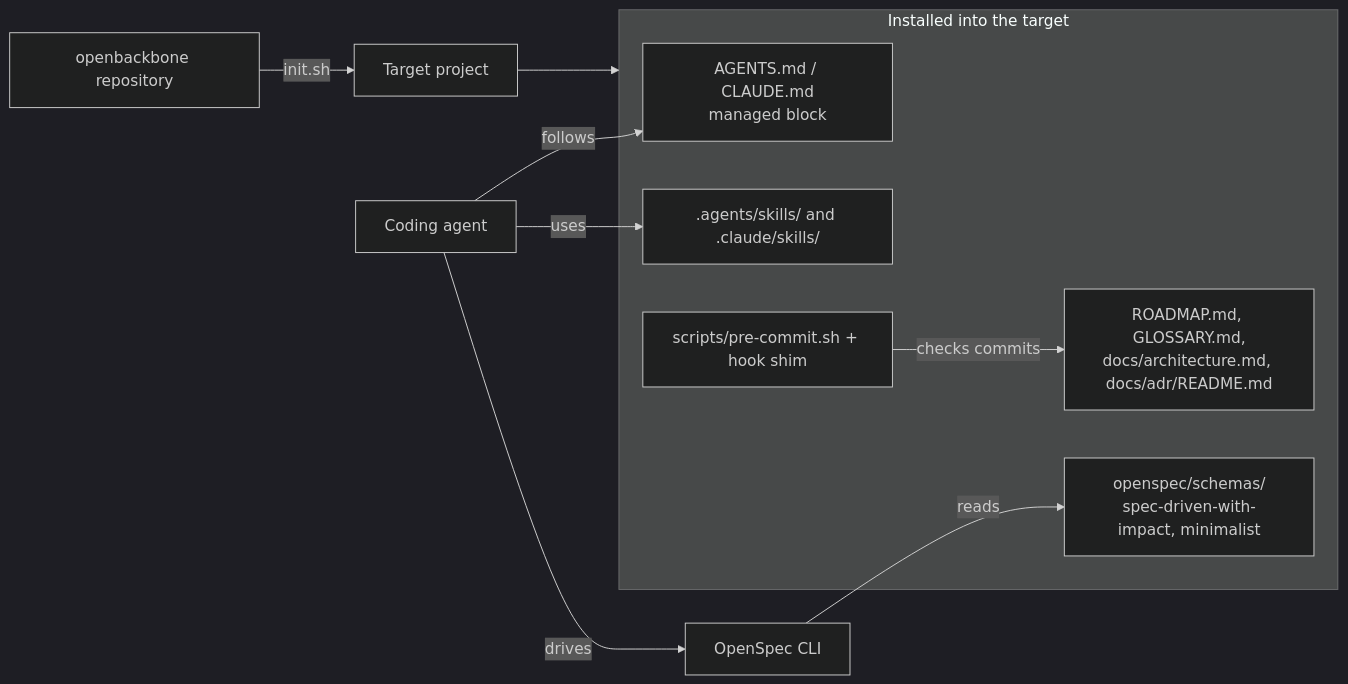
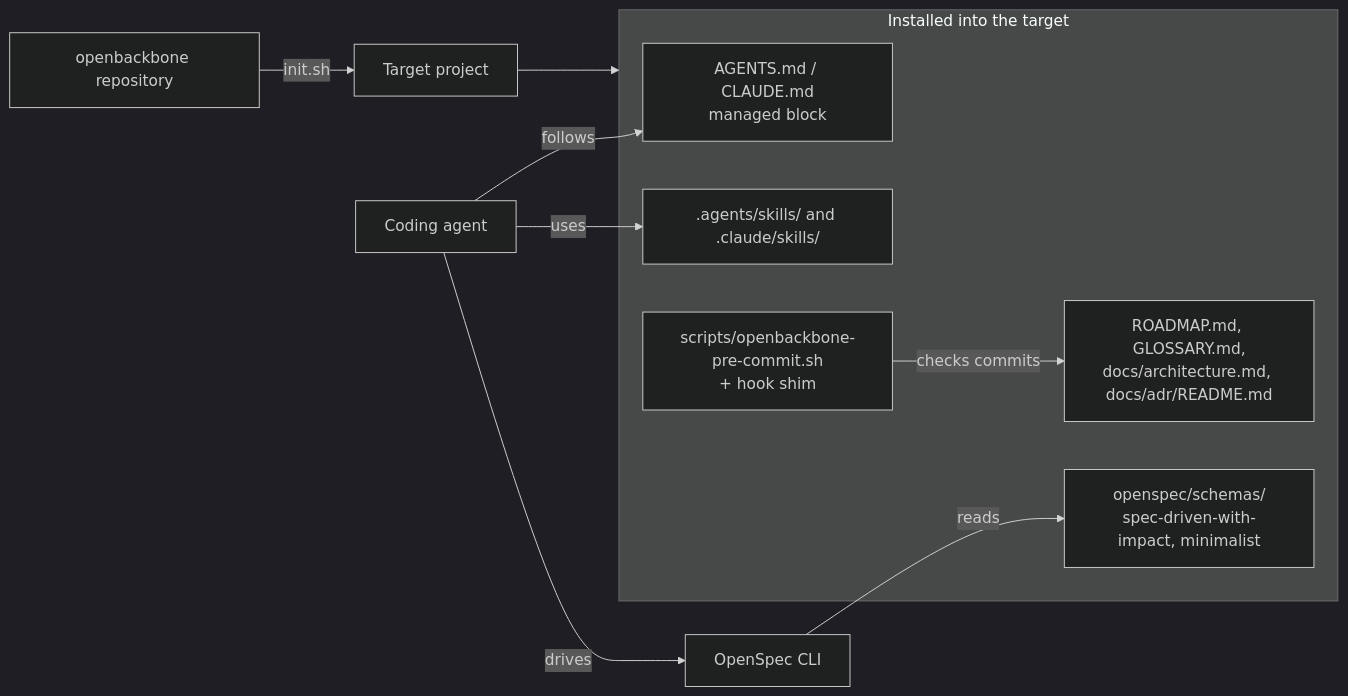
Before and after one commit to lixianweillm/openbackbone: the first of 2 diagrams in docs/architecture.md, drawn with Mermaid (dark theme). The commit also changed other lines of this file and 33 other files, not shown here.

````diff
--- a/docs/architecture.md
+++ b/docs/architecture.md
@@ -9,17 +9,17 @@
 ```mermaid
 flowchart LR
     repo["openbackbone repository"] -->|init.sh| target["Target project"]
     subgraph target_contents["Installed into the target"]
       rules["AGENTS.md / CLAUDE.md<br/>managed block"]
       schema["openspec/schemas/<br/>spec-driven-with-impact, minimalist"]
       skills[".agents/skills/ and .claude/skills/"]
       docs["ROADMAP.md, GLOSSARY.md,<br/>docs/architecture.md, docs/adr/README.md"]
-      hook["scripts/pre-commit.sh + hook shim"]
+      hook["scripts/openbackbone-pre-commit.sh<br/>+ hook shim"]
     end
     target --> target_contents
     cli["OpenSpec CLI"] -->|reads| schema
     agent["Coding agent"] -->|follows| rules
     agent -->|uses| skills
     agent -->|drives| cli
     hook -->|checks commits| docs
 ```
````
